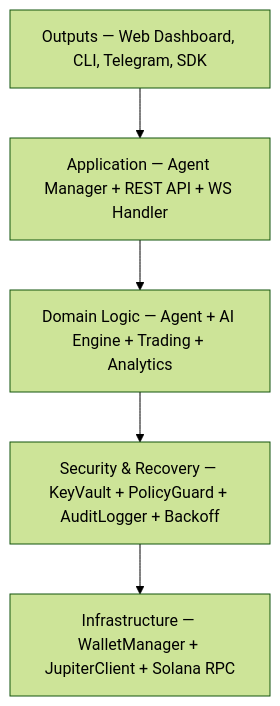
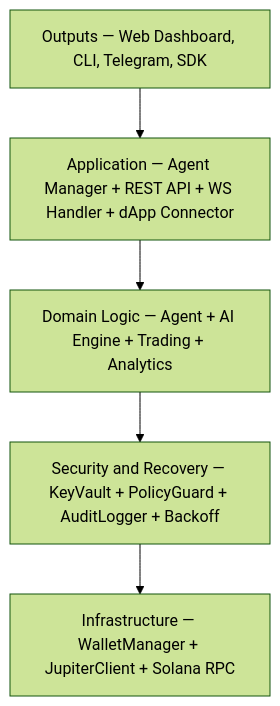
One commit to thetruesammyjay/bridle changed the fifth of 8 diagrams in DEEP_DIVE.md. Above: the diagram before and after it, drawn with Mermaid (forest theme). The commit also changed other lines of this file and 2 other files, not shown here.

Commit message:
docs: update SKILLS.md, DEEP_DIVE.md, README.md with WalletConnect dApp Connector feature and updated Mermaid diagrams

````diff
--- a/DEEP_DIVE.md
+++ b/DEEP_DIVE.md
@@ -222,10 +228,10 @@
 ```mermaid
 flowchart TD
     O["Outputs — Web Dashboard, CLI, Telegram, SDK"]
-    A["Application — Agent Manager + REST API + WS Handler"]
+    A["Application — Agent Manager + REST API + WS Handler + dApp Connector"]
     D["Domain Logic — Agent + AI Engine + Trading + Analytics"]
-    S["Security & Recovery — KeyVault + PolicyGuard + AuditLogger + Backoff"]
+    S["Security and Recovery — KeyVault + PolicyGuard + AuditLogger + Backoff"]
     I["Infrastructure — WalletManager + JupiterClient + Solana RPC"]
 
     O --> A --> D --> S --> I
 ```
````
